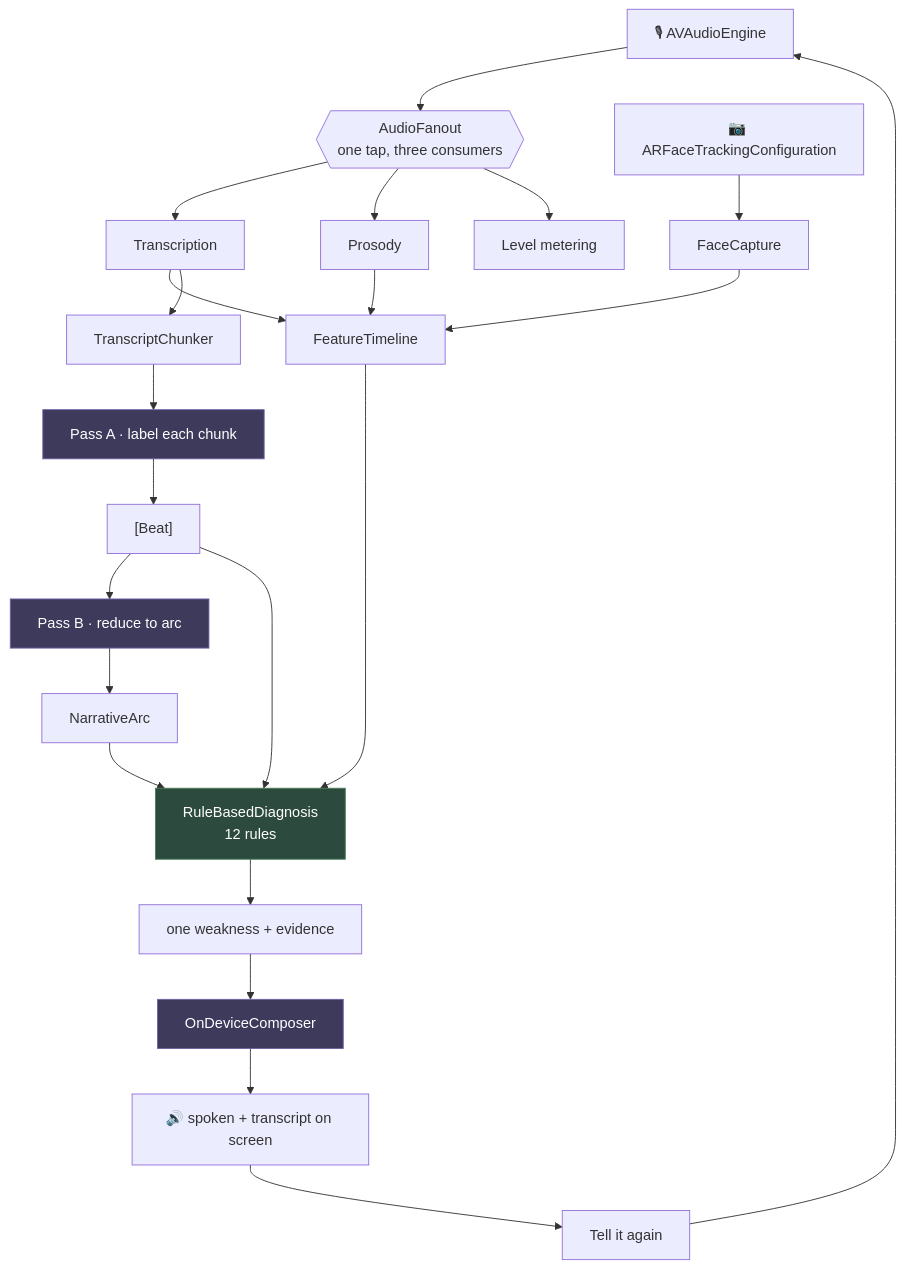
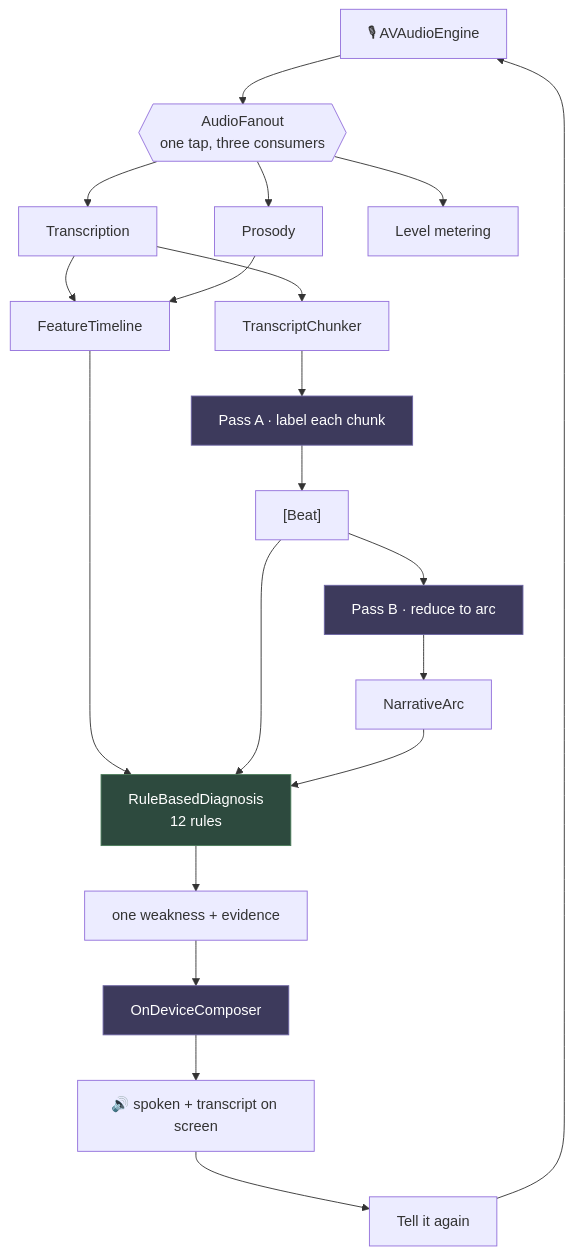
One commit to UjjawalPrabhat/conteur changed the second of 5 diagrams in Conteur/Core/README.md. Above: the diagram before and after it, drawn with Mermaid. The commit also changed other lines of this file and 19 other files, not shown here.

````diff
--- a/Conteur/Core/README.md
+++ b/Conteur/Core/README.md
@@ -45,34 +45,32 @@
 ```mermaid
 flowchart TD
     mic["🎙 AVAudioEngine"] --> fan{{"AudioFanout<br/>one tap, three consumers"}}
-    cam["📷 ARFaceTrackingConfiguration"] --> face["FaceCapture"]
 
     fan --> tx["Transcription"]
     fan --> pr["Prosody"]
     fan --> lvl["Level metering"]
 
     tx --> tl["FeatureTimeline"]
     pr --> tl
-    face --> tl
 
     tx --> chunk["TranscriptChunker"]
     chunk --> passA["Pass A · label each chunk"]
     passA --> beats["[Beat]"]
     beats --> passB["Pass B · reduce to arc"]
     passB --> arc["NarrativeArc"]
 
     tl --> diag["RuleBasedDiagnosis<br/>12 rules"]
     beats --> diag
     arc --> diag
 
     diag --> focus["one weakness + evidence"]
     focus --> comp["OnDeviceComposer"]
     comp --> spoken["🔊 spoken + transcript on screen"]
     spoken --> again["Tell it again"]
     again --> mic
 
     style diag fill:#2d4a3e,stroke:#4a7c59,color:#fff
     style passA fill:#3d3a5c,stroke:#6b63a3,color:#fff
     style passB fill:#3d3a5c,stroke:#6b63a3,color:#fff
     style comp fill:#3d3a5c,stroke:#6b63a3,color:#fff
 ```
````
